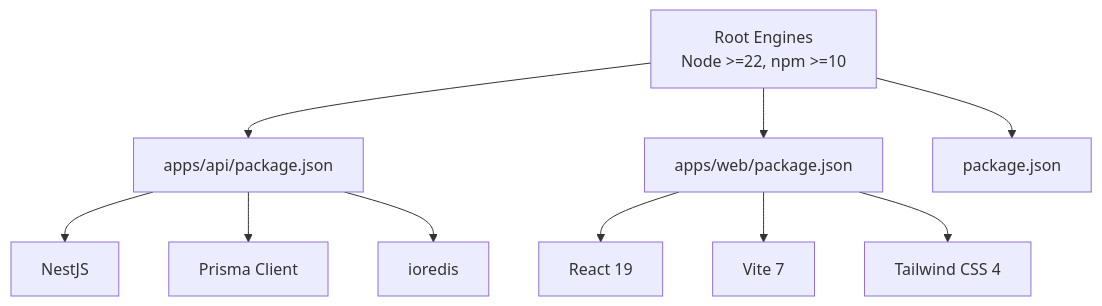
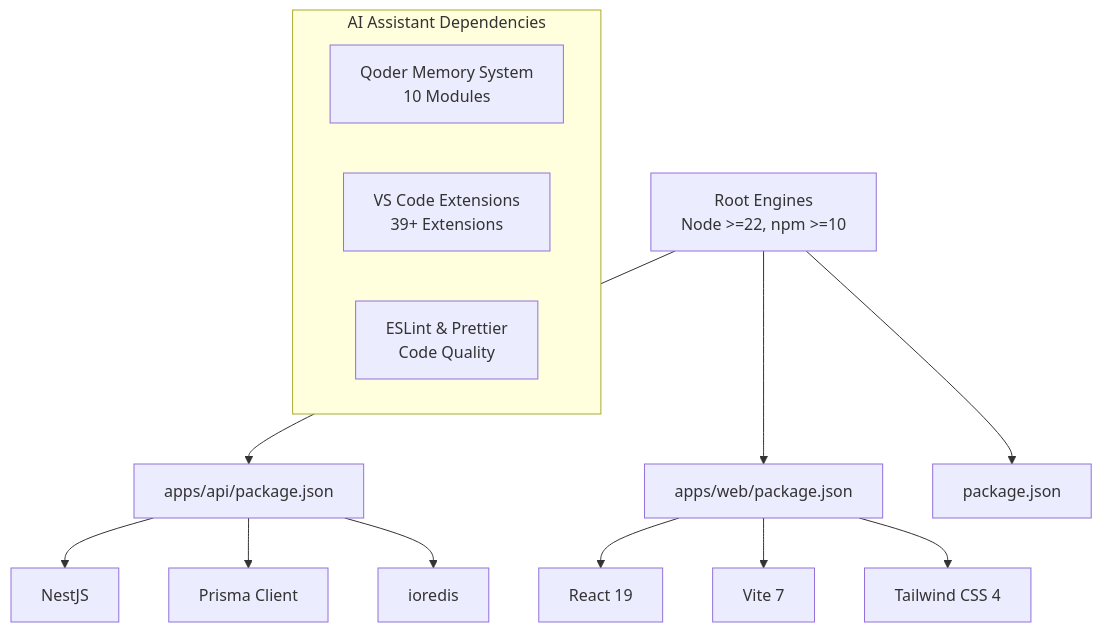
One commit to BAS-More/Quiz2Biz changed the fourth of 4 diagrams in .qoder/repowiki/en/content/Development Guide/Environment Setup.md. Above: the diagram before and after it, drawn with Mermaid. The commit also changed other lines of this file and 3 other files, not shown here.

````diff
--- a/.qoder/repowiki/en/content/Development Guide/Environment Setup.md
+++ b/.qoder/repowiki/en/content/Development Guide/Environment Setup.md
@@ -318,12 +467,17 @@
 ```mermaid
 graph TB
 Root["Root Engines<br/>Node >=22, npm >=10"] --> API_PKG["apps/api/package.json"]
 Root --> WEB_PKG["apps/web/package.json"]
 Root --> ROOT_PKG["package.json"]
 API_PKG --> NEST["NestJS"]
 API_PKG --> PRISMA["Prisma Client"]
 API_PKG --> REDIS["ioredis"]
 WEB_PKG --> REACT["React 19"]
 WEB_PKG --> VITE["Vite 7"]
 WEB_PKG --> TAILWIND["Tailwind CSS 4"]
+subgraph "AI Assistant Dependencies"
+QB["Qoder Memory System<br/>10 Modules"]
+VS["VS Code Extensions<br/>39+ Extensions"]
+ESL["ESLint & Prettier<br/>Code Quality"]
+end
 ```
````
